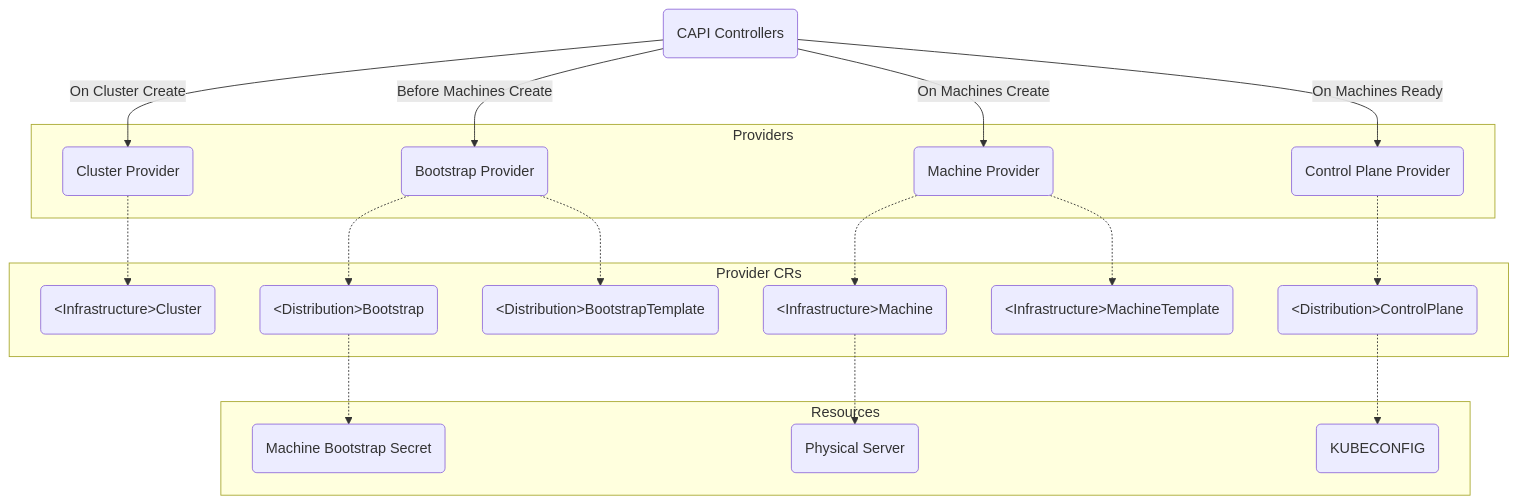
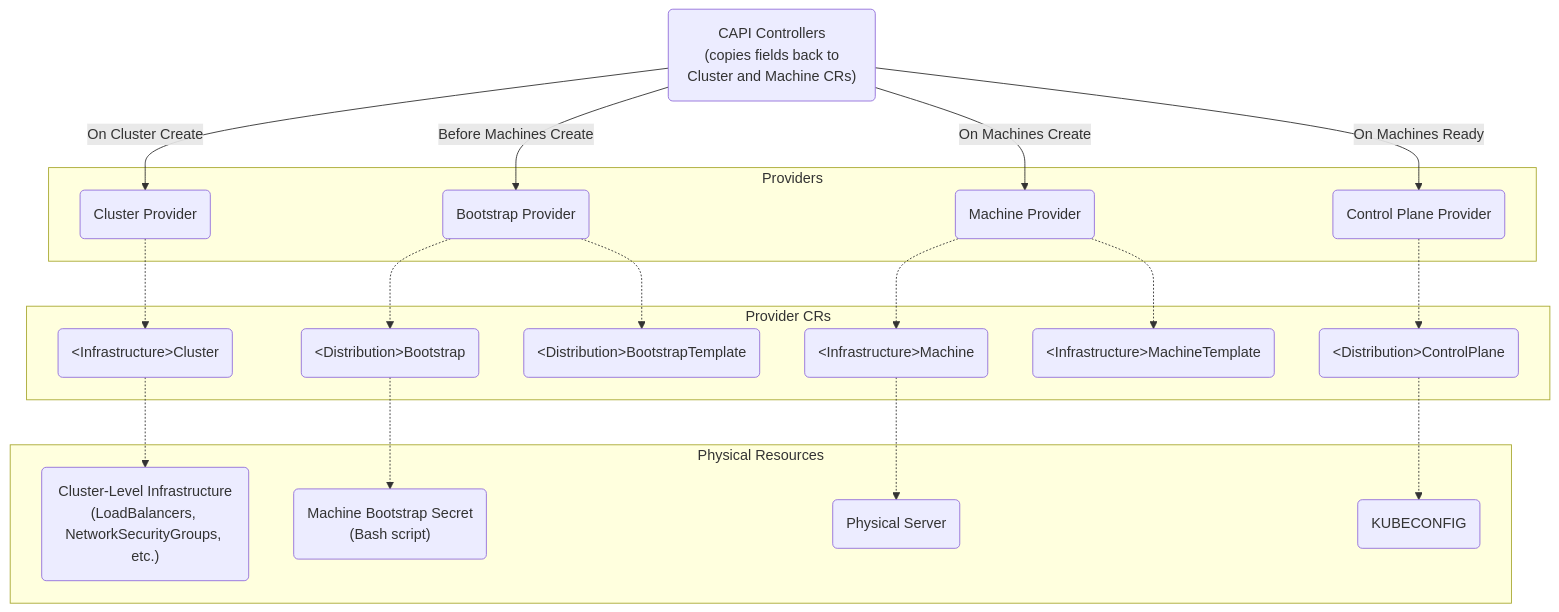
Before and after one commit to aiyengar2/k8s-docs: the second of 2 diagrams in docs/provisioning/00_capi.md, drawn with Mermaid.

````diff
--- a/docs/provisioning/00_capi.md
+++ b/docs/provisioning/00_capi.md
@@ -77,41 +77,43 @@
 ```mermaid
 graph TD
-    CAPIControllers("CAPI Controllers")
+    CAPIControllers("CAPI Controllers\n (copies fields back to Cluster and Machine CRs)")
 
     subgraph Providers
     ClusterProvider("Cluster Provider")
     BootstrapProvider("Bootstrap Provider")
     MachineProvider("Machine Provider")
     ControlPlaneProvider("Control Plane Provider")
     end
 
     subgraph Provider CRs
     InfrastructureCluster("&ltInfrastructure&gtCluster")
     DistributionBootstrap("&ltDistribution&gtBootstrap")
     DistributionBootstrapTemplate("&ltDistribution&gtBootstrapTemplate")
     InfrastructureMachine("&ltInfrastructure&gtMachine")
     InfrastructureMachineTemplate("&ltInfrastructure&gtMachineTemplate")
     DistributionControlPlane("&ltDistribution&gtControlPlane")
     end
     
-    subgraph Resources
+    subgraph Physical Resources
+    ClusterInfrastructure("Cluster-Level Infrastructure\n(LoadBalancers, NetworkSecurityGroups, etc.)")
     PhysicalServer("Physical Server")
-    MachineBootstrapSecret("Machine Bootstrap Secret")
+    MachineBootstrapSecret("Machine Bootstrap Secret\n(Bash script)")
     KubeConfig("KUBECONFIG")
     end
 
     CAPIControllers--On Cluster Create-->ClusterProvider
     CAPIControllers--Before Machines Create-->BootstrapProvider
     CAPIControllers--On Machines Create-->MachineProvider
     CAPIControllers--On Machines Ready-->ControlPlaneProvider
     
     ClusterProvider-.->InfrastructureCluster
+    InfrastructureCluster-.-> ClusterInfrastructure
     BootstrapProvider-.->DistributionBootstrap
     BootstrapProvider-.->DistributionBootstrapTemplate
     DistributionBootstrap-.->MachineBootstrapSecret
     MachineProvider-.->InfrastructureMachine
     InfrastructureMachine-.->PhysicalServer
     MachineProvider-.->InfrastructureMachineTemplate
     ControlPlaneProvider-.->DistributionControlPlane
     DistributionControlPlane-.->KubeConfig
 ```
````
